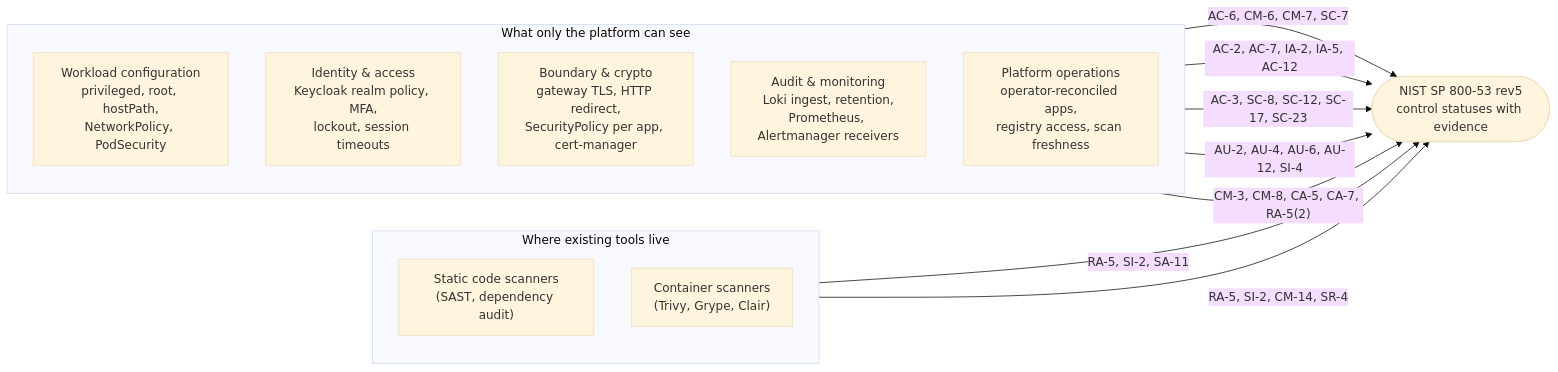
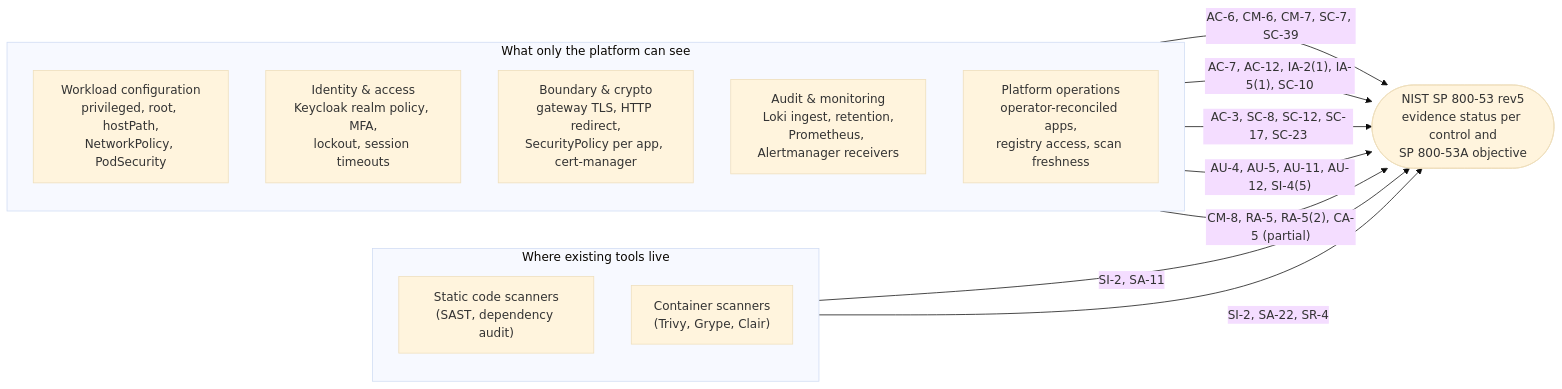
One commit to brandonrc/nebari-security-posture-pack changed the first of 5 diagrams in docs/ARCHITECTURE.md. Above: the diagram before and after it, drawn with Mermaid (base theme). The commit also changed other lines of this file and 9 other files, not shown here.

````diff
--- a/docs/ARCHITECTURE.md
+++ b/docs/ARCHITECTURE.md
@@ -26,24 +32,24 @@
 ```mermaid
 flowchart LR
     subgraph tools["Where existing tools live"]
         direction TB
         SAST["Static code scanners<br/>(SAST, dependency audit)"]
         IMG["Container scanners<br/>(Trivy, Grype, Clair)"]
     end
     subgraph platform["What only the platform can see"]
         direction TB
         K8S["Workload configuration<br/>privileged, root, hostPath,<br/>NetworkPolicy, PodSecurity"]
         IDP["Identity & access<br/>Keycloak realm policy, MFA,<br/>lockout, session timeouts"]
         EDGE["Boundary & crypto<br/>gateway TLS, HTTP redirect,<br/>SecurityPolicy per app, cert-manager"]
         AUD["Audit & monitoring<br/>Loki ingest, retention,<br/>Prometheus, Alertmanager receivers"]
         OPS["Platform operations<br/>operator-reconciled apps,<br/>registry access, scan freshness"]
     end
-    SAST -->|"RA-5, SI-2, SA-11"| C
-    IMG -->|"RA-5, SI-2, CM-14, SR-4"| C
-    K8S -->|"AC-6, CM-6, CM-7, SC-7"| C
-    IDP -->|"AC-2, AC-7, IA-2, IA-5, AC-12"| C
+    SAST -->|"SI-2, SA-11"| C
+    IMG -->|"SI-2, SA-22, SR-4"| C
+    K8S -->|"AC-6, CM-6, CM-7, SC-7, SC-39"| C
+    IDP -->|"AC-7, AC-12, IA-2(1), IA-5(1), SC-10"| C
     EDGE -->|"AC-3, SC-8, SC-12, SC-17, SC-23"| C
-    AUD -->|"AU-2, AU-4, AU-6, AU-12, SI-4"| C
-    OPS -->|"CM-3, CM-8, CA-5, CA-7, RA-5(2)"| C
-    C(["NIST SP 800-53 rev5<br/>control statuses with evidence"])
+    AUD -->|"AU-4, AU-5, AU-11, AU-12, SI-4(5)"| C
+    OPS -->|"CM-8, RA-5, RA-5(2), CA-5 (partial)"| C
+    C(["NIST SP 800-53 rev5<br/>evidence status per control and<br/>SP 800-53A objective"])
 ```
````
